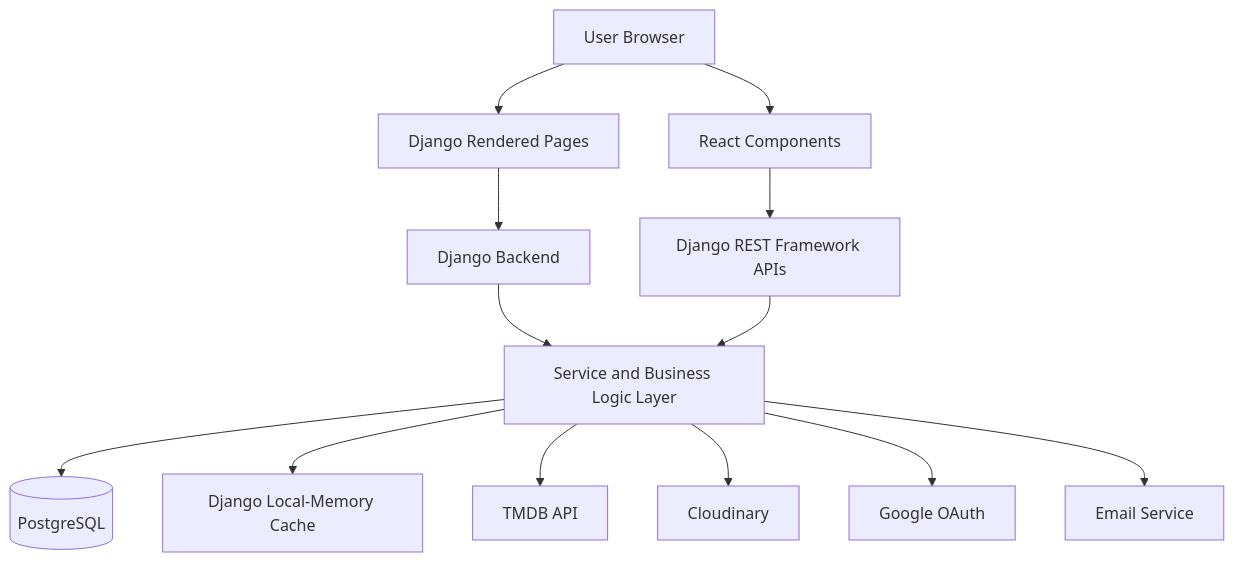
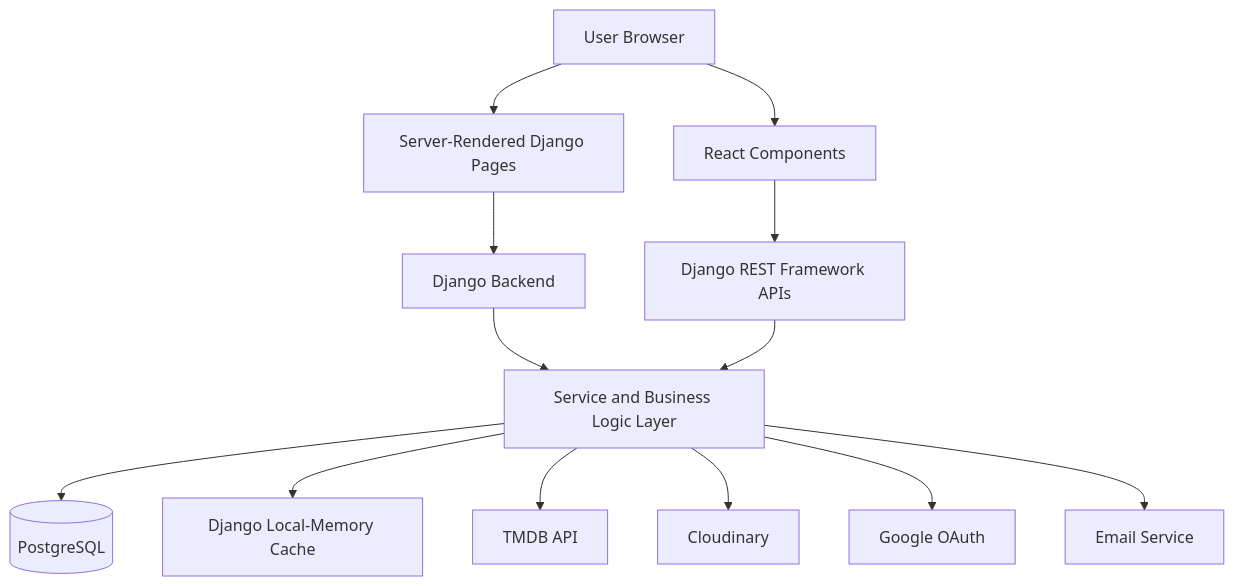
One commit to dnjor/RateScene-showcase changed the first of 4 diagrams in README.md. Above: the diagram before and after it, drawn with Mermaid. The commit also changed other lines of this file, not shown here.

````diff
--- a/README.md
+++ b/README.md
@@ -130,19 +132,19 @@
 ```mermaid
 flowchart TD
-    A[User Browser] --> B[Django Rendered Pages]
+    A[User Browser] --> B[Server-Rendered Django Pages]
     A --> C[React Components]
 
     B --> D[Django Backend]
     C --> E[Django REST Framework APIs]
 
     D --> F[Service and Business Logic Layer]
     E --> F
 
     F --> G[(PostgreSQL)]
     F --> H[Django Local-Memory Cache]
 
     F --> I[TMDB API]
     F --> J[Cloudinary]
     F --> K[Google OAuth]
     F --> L[Email Service]
 ```
````
